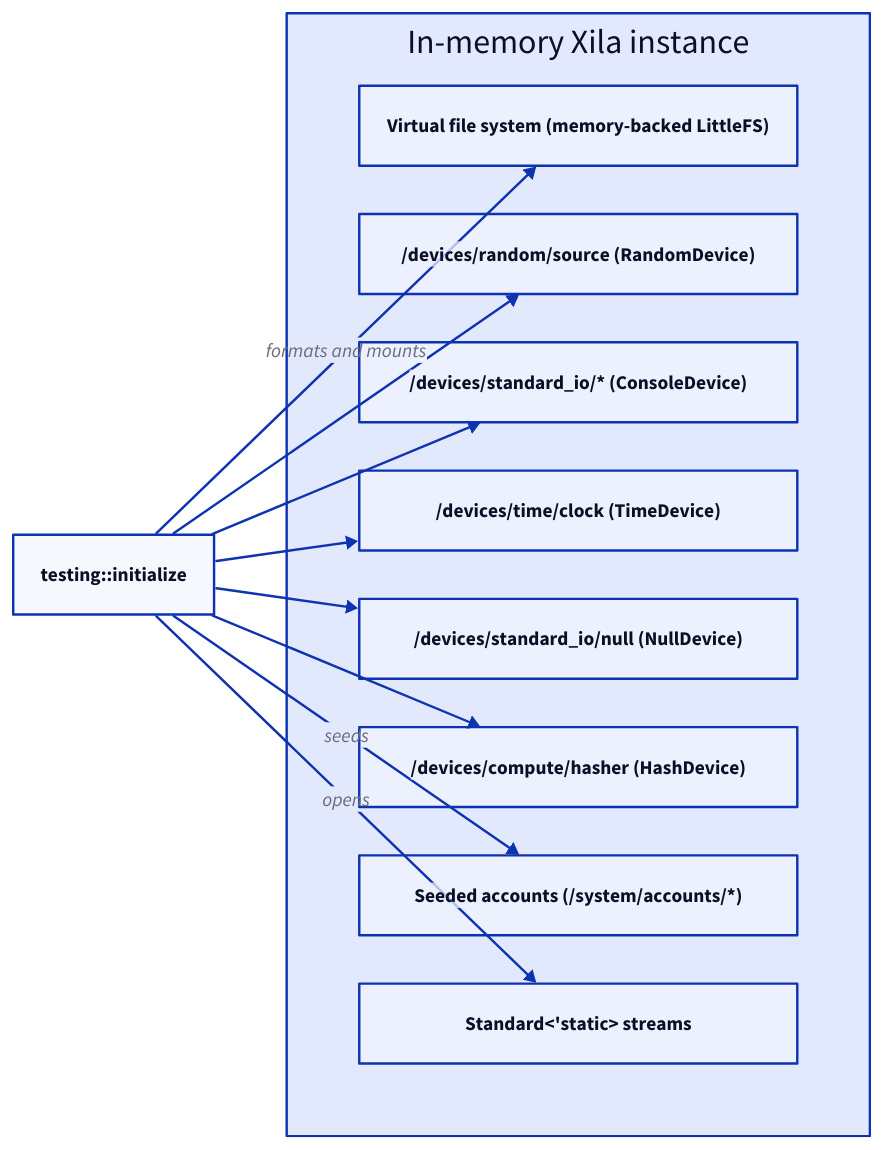
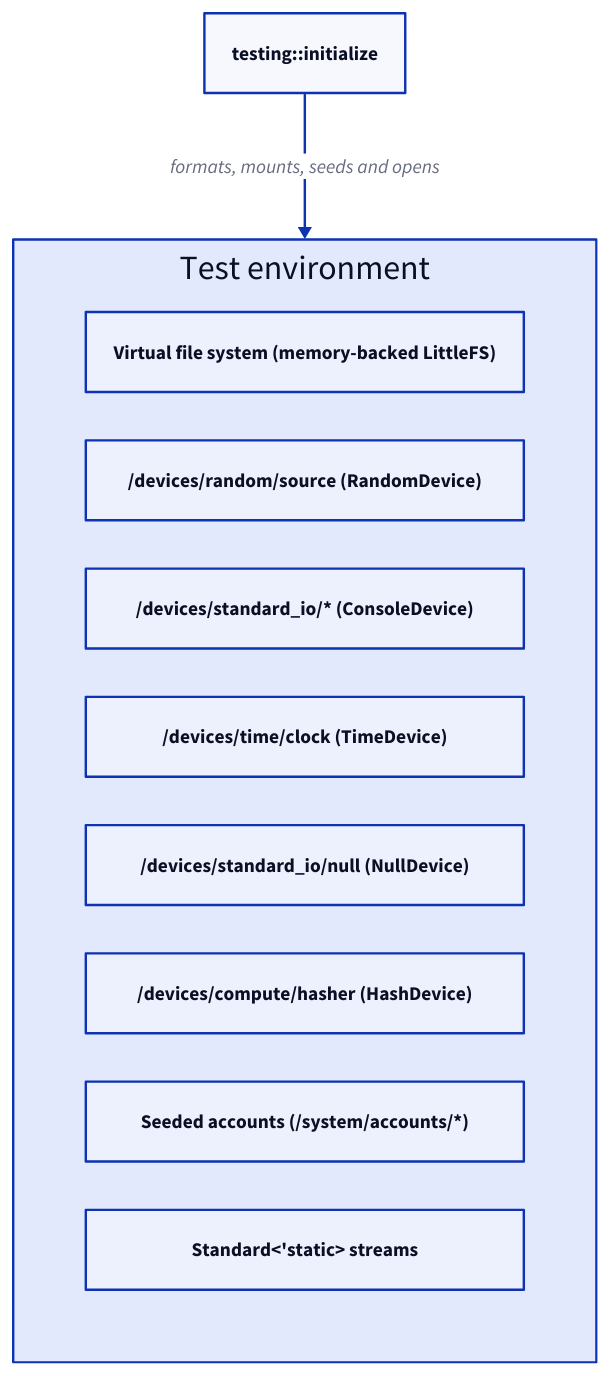
The diagram in src/content/docs/explanation/architecture/libraries/testing.mdx (xila-project/website), drawn with D2 before and after one commit. The commit also changed 2 other files, not shown here.

Commit message:
docs(diagrams): simplify the testing, i18n and neural network diagrams
Draw one arrow from testing::initialize to the test environment frame
instead of arrows into each child, use a plain top-down chain for the
translation flow, and shorten the self-loop labels of the loader
descriptor lifecycle so that they do not touch the loop lines.

Part of #132

````diff
--- a/src/content/docs/explanation/architecture/libraries/testing.mdx
+++ b/src/content/docs/explanation/architecture/libraries/testing.mdx
@@ -82,24 +82,17 @@
 ```d2 title="In-memory test environment"
 direction: down
-init: "testing::initialize" { class: focus }
-environment: In-memory Xila instance {
+init: "testing::initialize" { class: component }
+environment: Test environment {
   class: layer
   grid-columns: 1
   vfs: Virtual file system (memory-backed LittleFS) { class: stored }
   random: "/devices/random/source (RandomDevice)" { class: component }
   stdio: "/devices/standard_io/* (ConsoleDevice)" { class: component }
   time: "/devices/time/clock (TimeDevice)" { class: component }
   null: "/devices/standard_io/null (NullDevice)" { class: component }
   hasher: "/devices/compute/hasher (HashDevice)" { class: component }
   accounts: "Seeded accounts (/system/accounts/*)" { class: stored }
   streams: "Standard<'static> streams" { class: io }
 }
-init -> environment.vfs: formats and mounts
-init -> environment.random
-init -> environment.stdio
-init -> environment.time
-init -> environment.null
-init -> environment.hasher
-init -> environment.accounts: seeds
-init -> environment.streams: opens
+init -> environment: "formats, mounts, seeds and opens"
 ```
````
